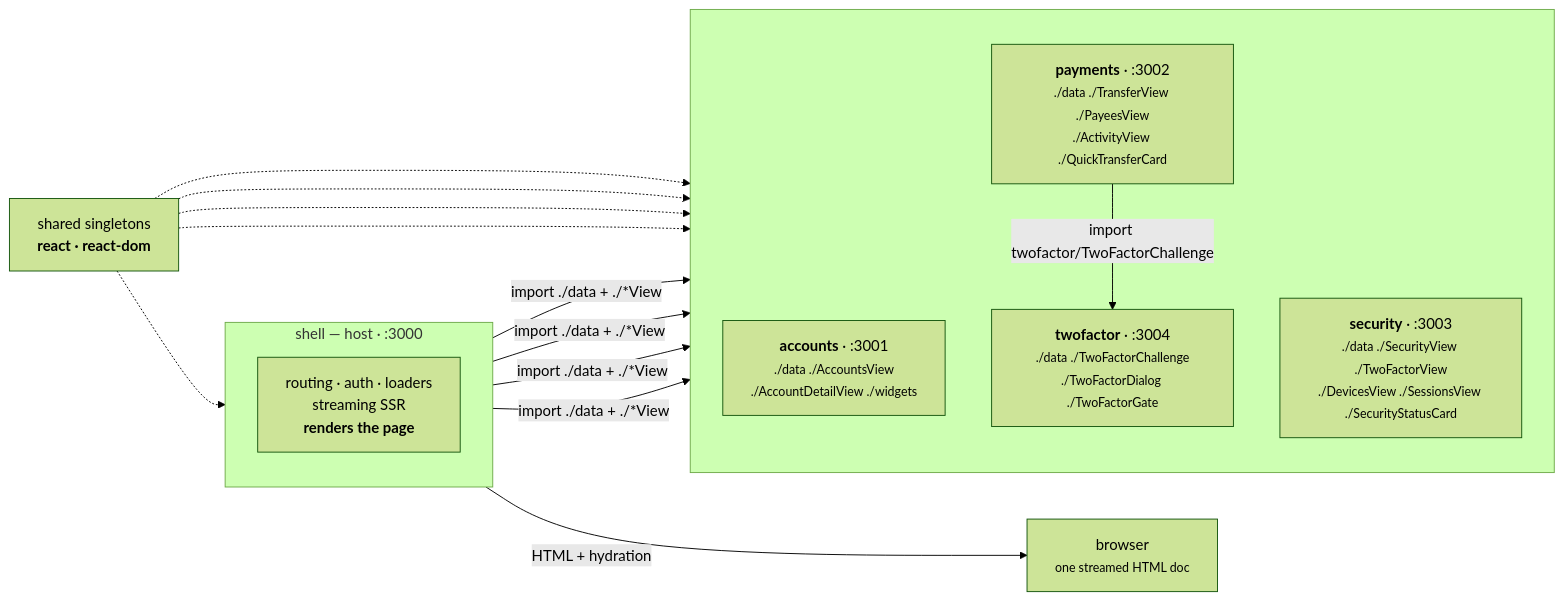
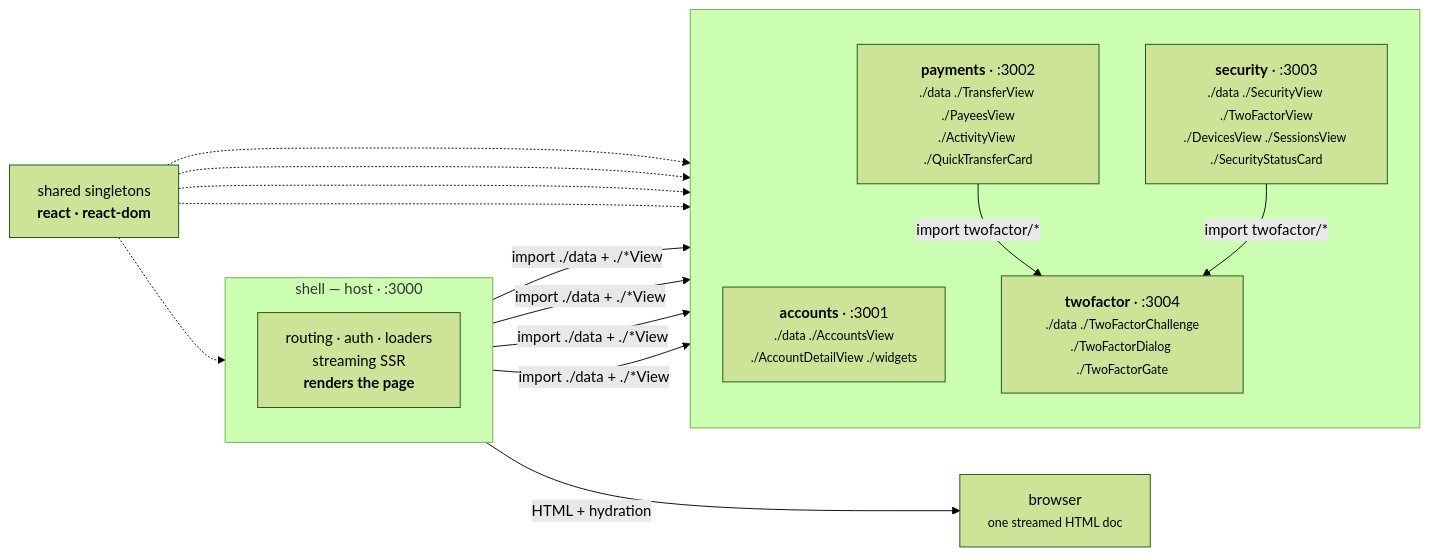
One commit to hakangenc1/MF-Modern.js-v3 changed the first of 4 diagrams in docs/ARCHITECTURE.md. Above: the diagram before and after it, drawn with Mermaid (forest theme). The commit also changed other lines of this file and 8 other files, not shown here.

First line of the commit message:
feat(shell): full SPA — delegate federated <a>/GET-form nav to the router feat(security): consume twofactor/TwoFactorChallenge on /security/two-factor

````diff
--- a/docs/ARCHITECTURE.md
+++ b/docs/ARCHITECTURE.md
@@ -63,25 +63,25 @@
 ```mermaid
 flowchart LR
     B["browser<br/><small>one streamed HTML doc</small>"]
 
     subgraph SHELL["shell — host · :3000"]
         direction TB
         S["routing · auth · loaders<br/>streaming SSR<br/><b>renders the page</b>"]
     end
 
     subgraph REMOTES[" "]
         direction TB
         A["<b>accounts</b> · :3001<br/><small>./data ./AccountsView<br/>./AccountDetailView ./widgets</small>"]
         P["<b>payments</b> · :3002<br/><small>./data ./TransferView ./PayeesView<br/>./ActivityView ./QuickTransferCard</small>"]
         SEC["<b>security</b> · :3003<br/><small>./data ./SecurityView ./TwoFactorView<br/>./DevicesView ./SessionsView ./SecurityStatusCard</small>"]
         TF["<b>twofactor</b> · :3004<br/><small>./data ./TwoFactorChallenge<br/>./TwoFactorDialog ./TwoFactorGate</small>"]
     end
 
     SHARED["shared singletons<br/><b>react · react-dom</b>"]
 
     S -- "HTML + hydration" --> B
     S -- "import ./data + ./*View" --> A & P & SEC & TF
-    P -- "import twofactor/TwoFactorChallenge" --> TF
+    P & SEC -- "import twofactor/*" --> TF
     SHARED -.-> S
     SHARED -.-> A & P & SEC & TF
 ```
````
